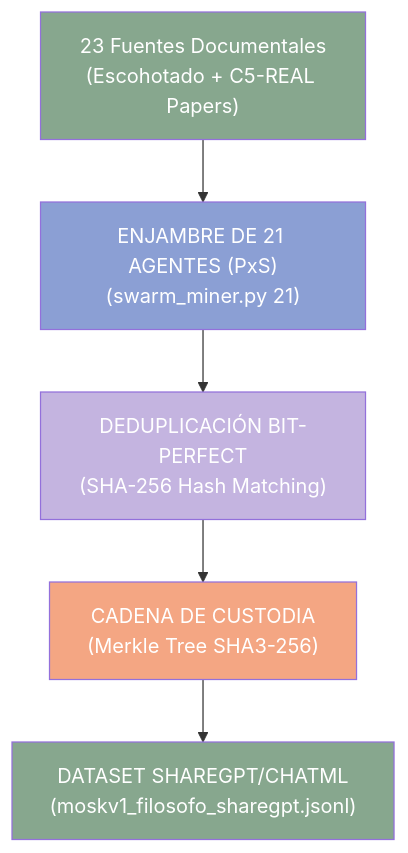
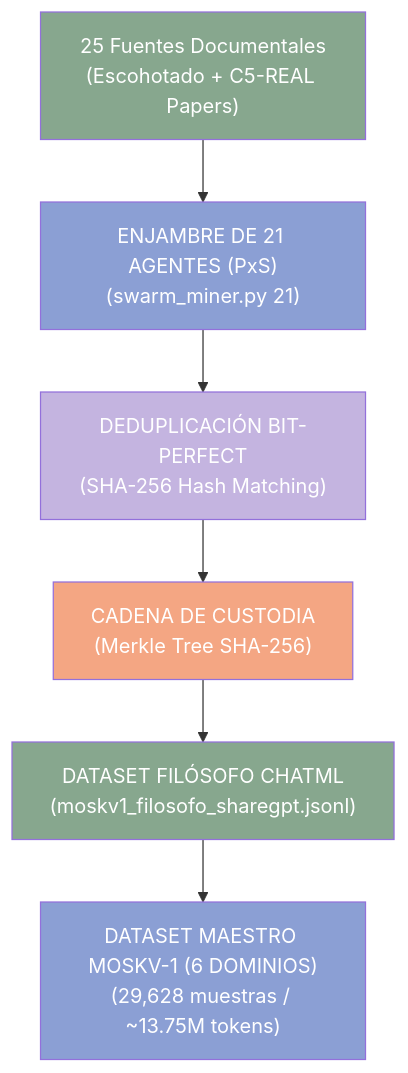
One commit to borjamoskv/escohotado-corpus changed the diagram in README.md. Above: the diagram before and after it, drawn with Mermaid. The commit also changed other lines of this file and 9 other files, not shown here.

Commit message:
[AX-2] TOPOLOGY: Acople causal de corpus Escohotado (29.628 muestras) y calibracion metrologica

````diff
--- a/README.md
+++ b/README.md
@@ -38,13 +38,15 @@
 ```mermaid
 graph TD
-    A["23 Fuentes Documentales<br/>(Escohotado + C5-REAL Papers)"] --> B["ENJAMBRE DE 21 AGENTES (PxS)<br/>(swarm_miner.py 21)"]
+    A["25 Fuentes Documentales<br/>(Escohotado + C5-REAL Papers)"] --> B["ENJAMBRE DE 21 AGENTES (PxS)<br/>(swarm_miner.py 21)"]
     B --> C["DEDUPLICACIÓN BIT-PERFECT<br/>(SHA-256 Hash Matching)"]
-    C --> D["CADENA DE CUSTODIA<br/>(Merkle Tree SHA3-256)"]
-    D --> E["DATASET SHAREGPT/CHATML<br/>(moskv1_filosofo_sharegpt.jsonl)"]
+    C --> D["CADENA DE CUSTODIA<br/>(Merkle Tree SHA-256)"]
+    D --> E["DATASET FILÓSOFO CHATML<br/>(moskv1_filosofo_sharegpt.jsonl)"]
+    E --> F["DATASET MAESTRO MOSKV-1 (6 DOMINIOS)<br/>(29,628 muestras / ~13.75M tokens)"]
 
     style A fill:#87A78E,color:#fff
     style B fill:#8B9FD4,color:#fff
     style C fill:#C4B4E0,color:#fff
     style D fill:#F4A683,color:#fff
     style E fill:#87A78E,color:#fff
+    style F fill:#8B9FD4,color:#fff
 ```
````
